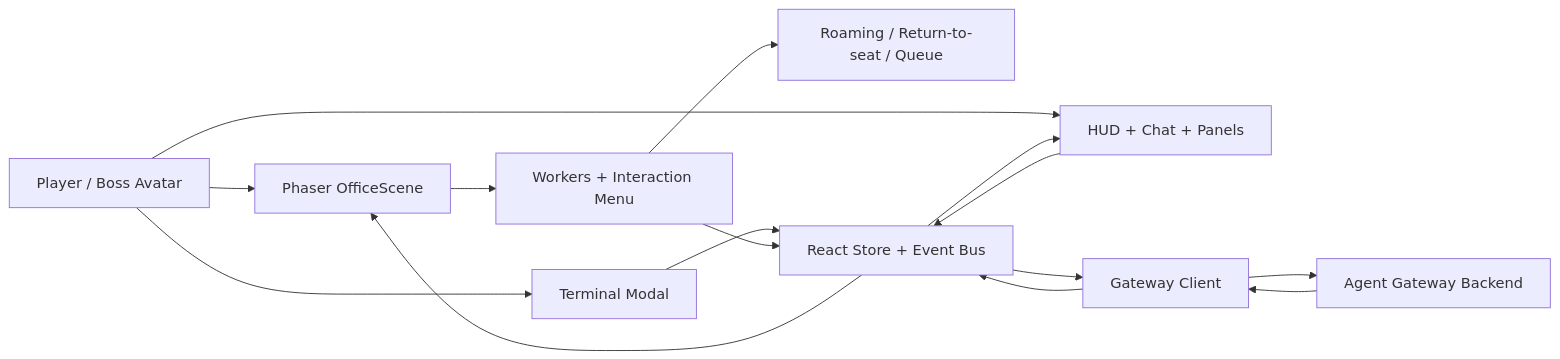
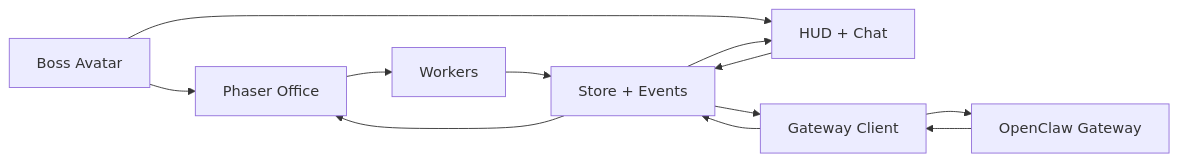
The diagram in README.md (ranhalprin/agent-town), drawn with Mermaid before and after one commit. The commit also changed other lines of this file and 40 other files, not shown here.

````diff
--- a/README.md
+++ b/README.md
@@ -87,30 +54,16 @@
 ```mermaid
 flowchart LR
-    Player[Player / Boss Avatar]
-    HUD[HUD + Chat + Panels]
-    Terminal[Terminal Modal]
-    Scene[Phaser OfficeScene]
-    Workers[Workers + Interaction Menu]
-    Sim[Roaming / Return-to-seat / Queue]
-    Store[React Store + Event Bus]
-    Gateway[Gateway Client]
-    Backend[Agent Gateway Backend]
+    Player[Boss Avatar]
+    HUD[HUD + Chat]
+    Scene[Phaser Office]
+    Workers[Workers]
+    Store[Store + Events]
+    GW[Gateway Client]
+    OC[OpenClaw Gateway]
 
-    Player --> Scene
-    Player --> HUD
-    Player --> Terminal
-
-    HUD --> Store
-    Terminal --> Store
+    Player --> Scene --> Workers --> Store
+    Player --> HUD --> Store
+    Store --> GW --> OC --> GW --> Store
+    Store --> Scene
     Store --> HUD
-
-    Scene --> Workers
-    Workers --> Sim
-    Workers --> Store
-    Store --> Scene
-
-    Store --> Gateway
-    Gateway --> Backend
-    Backend --> Gateway
-    Gateway --> Store
 ```
````
